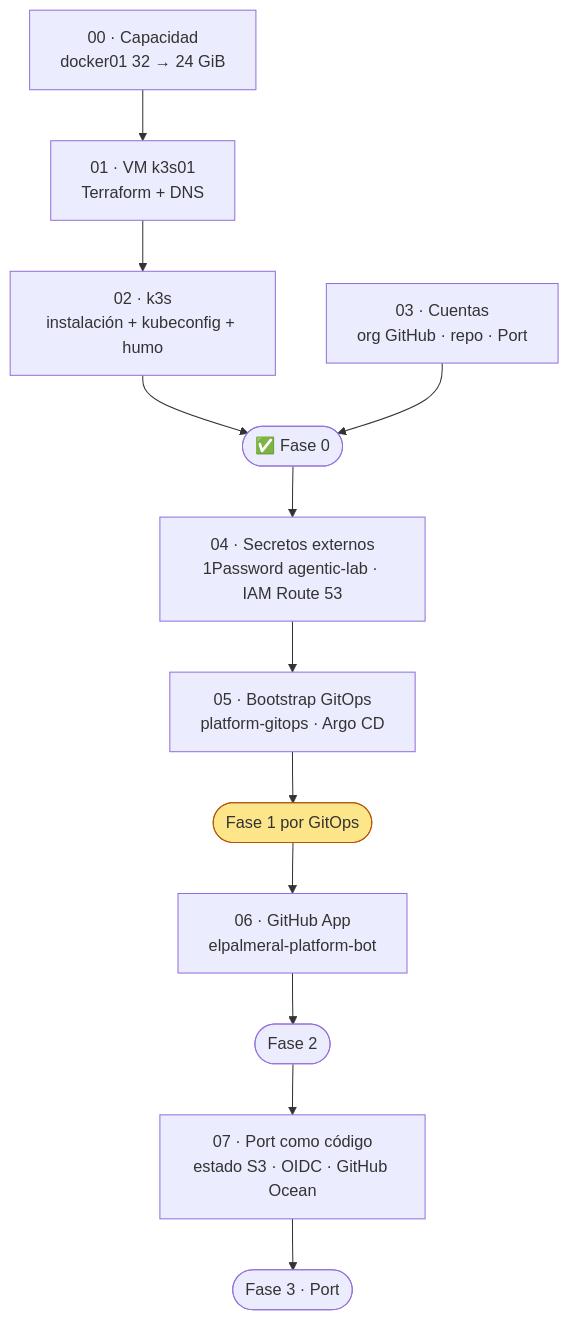
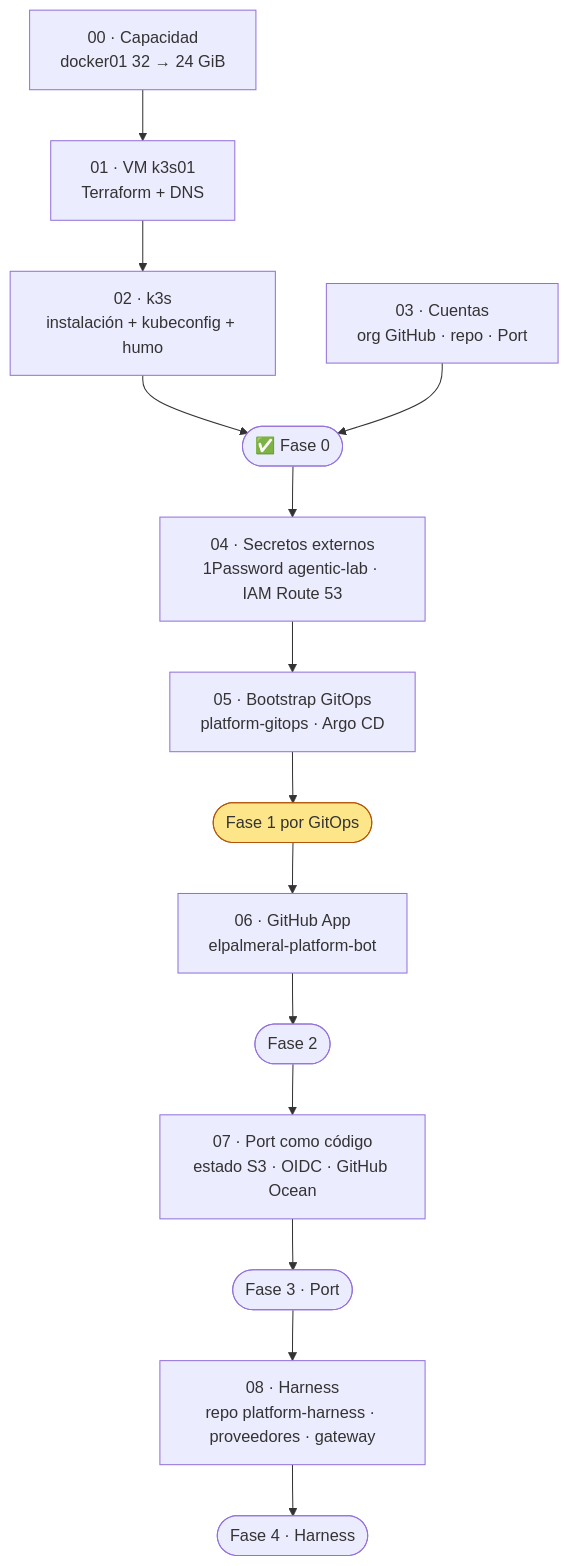
One commit to elpalmeral-org/agentic-platform-lab changed the diagram in docs/setup/README.md. Above: the diagram before and after it, drawn with Mermaid. The commit also changed other lines of this file and 9 other files, not shown here.

````diff
--- a/docs/setup/README.md
+++ b/docs/setup/README.md
@@ -8,16 +8,17 @@
 ```mermaid
 flowchart TD
     P00["00 · Capacidad<br/>docker01 32 → 24 GiB"]
     P01["01 · VM k3s01<br/>Terraform + DNS"]
     P02["02 · k3s<br/>instalación + kubeconfig + humo"]
     P03["03 · Cuentas<br/>org GitHub · repo · Port"]
     P04["04 · Secretos externos<br/>1Password agentic-lab · IAM Route 53"]
     P05["05 · Bootstrap GitOps<br/>platform-gitops · Argo CD"]
     P00 --> P01 --> P02 --> F0(["✅ Fase 0"])
     P03 --> F0
     F0 --> P04 --> P05 --> F1(["Fase 1 por GitOps"])
     P06["06 · GitHub App<br/>elpalmeral-platform-bot"]
     P07["07 · Port como código<br/>estado S3 · OIDC · GitHub Ocean"]
-    F1 --> P06 --> F2(["Fase 2"]) --> P07 --> F3(["Fase 3 · Port"])
+    P08["08 · Harness<br/>repo platform-harness · proveedores · gateway"]
+    F1 --> P06 --> F2(["Fase 2"]) --> P07 --> F3(["Fase 3 · Port"]) --> P08 --> F4(["Fase 4 · Harness"])
     style F1 fill:#fde68a,stroke:#b45309
 ```
````
